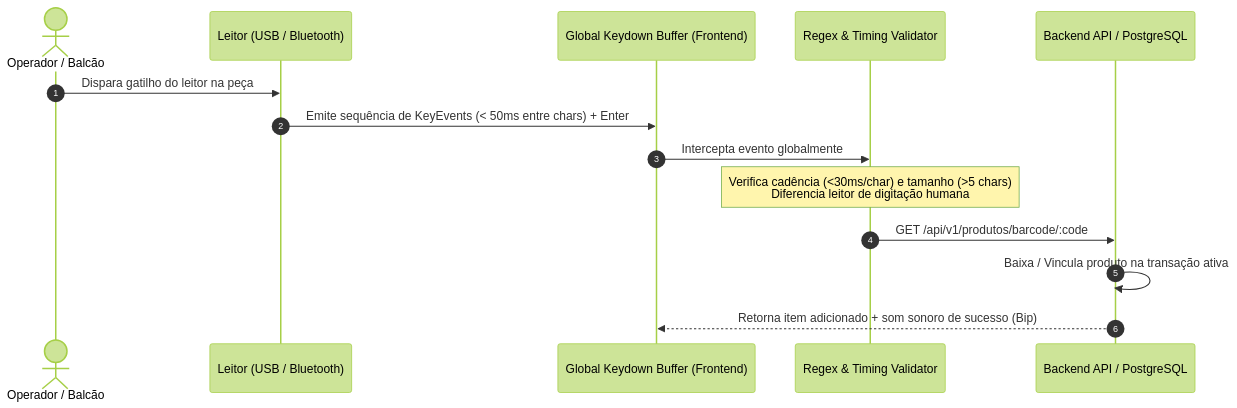
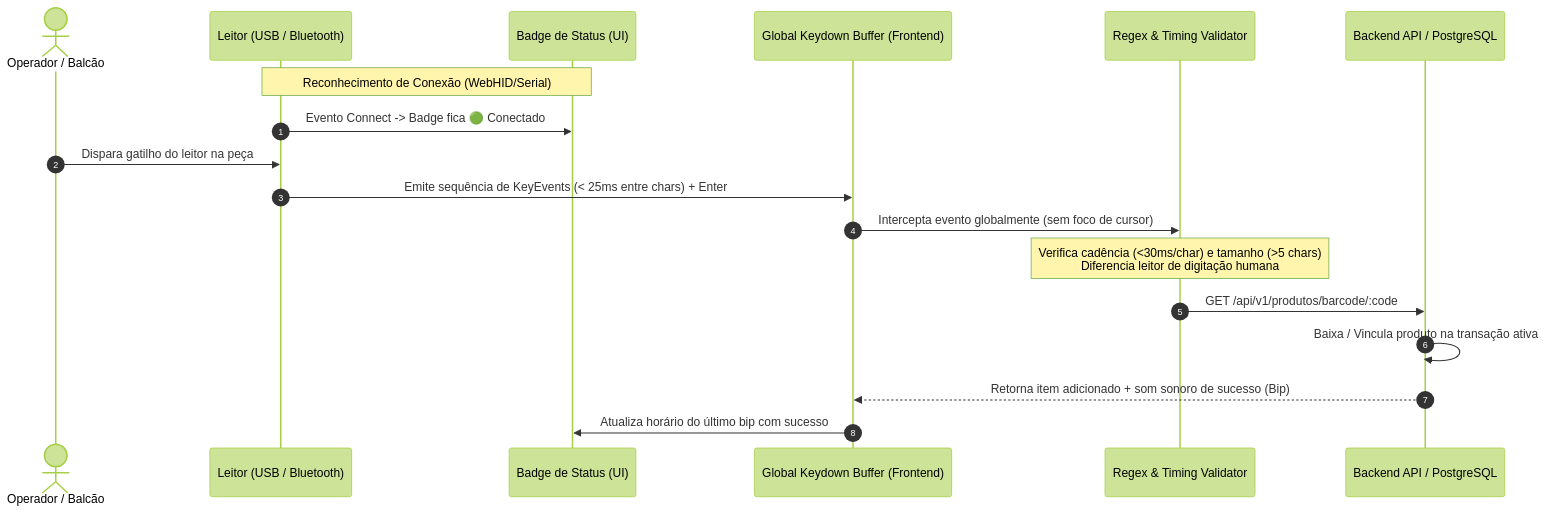
Before and after one commit to Miguelfigrs/Projeto-Auto-Eletrica-Eletrocar: the first of 2 diagrams in docs/ESPECIFICACAO_TECNICA_E_COMERCIAL.md, drawn with Mermaid (forest theme). The commit also changed other lines of this file and 3 other files, not shown here.

Commit message:
docs: adiciona especificacao de deteccao de hardware e badge de status do leitor em todos os documentos

````diff
--- a/docs/ESPECIFICACAO_TECNICA_E_COMERCIAL.md
+++ b/docs/ESPECIFICACAO_TECNICA_E_COMERCIAL.md
@@ -74,17 +93,21 @@
 ```mermaid
 sequenceDiagram
     autonumber
     actor Operador as Operador / Balcão
     participant Leitor as Leitor (USB / Bluetooth)
+    participant Status as Badge de Status (UI)
     participant Buffer as Global Keydown Buffer (Frontend)
     participant Validador as Regex & Timing Validator
     participant API as Backend API / PostgreSQL
 
+    Note over Leitor, Status: Reconhecimento de Conexão (WebHID/Serial)
+    Leitor->>Status: Evento Connect -> Badge fica 🟢 Conectado
     Operador->>Leitor: Dispara gatilho do leitor na peça
-    Leitor->>Buffer: Emite sequência de KeyEvents (< 50ms entre chars) + Enter
-    Buffer->>Validador: Intercepta evento globalmente
+    Leitor->>Buffer: Emite sequência de KeyEvents (< 25ms entre chars) + Enter
+    Buffer->>Validador: Intercepta evento globalmente (sem foco de cursor)
     Note over Validador: Verifica cadência (<30ms/char) e tamanho (>5 chars)<br/>Diferencia leitor de digitação humana
     Validador->>API: GET /api/v1/produtos/barcode/:code
     API->>API: Baixa / Vincula produto na transação ativa
     API-->>Buffer: Retorna item adicionado + som sonoro de sucesso (Bip)
+    Buffer->>Status: Atualiza horário do último bip com sucesso
 ```
````
